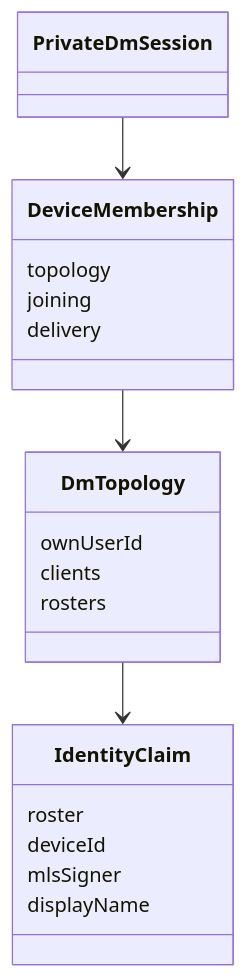
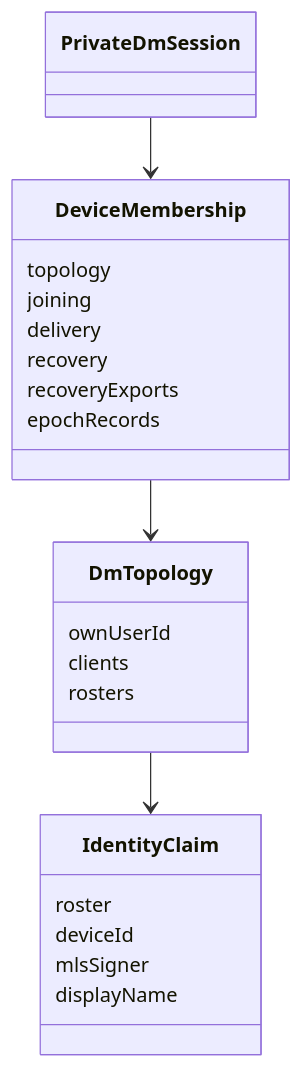
The ninth of 23 diagrams in docs/Architecture.md (redstone-md/mosh-flutter), drawn with Mermaid before and after one commit. The commit also changed other lines of this file and 28 other files, not shown here.

````diff
--- a/docs/Architecture.md
+++ b/docs/Architecture.md
@@ -269,23 +269,26 @@
 ```mermaid
 classDiagram
     class DeviceMembership {
         topology
         joining
         delivery
+        recovery
+        recoveryExports
+        epochRecords
     }
     class DmTopology {
         ownUserId
         clients
         rosters
     }
     class IdentityClaim {
         roster
         deviceId
         mlsSigner
         displayName
     }
     class PrivateDmSession
     PrivateDmSession --> DeviceMembership
     DeviceMembership --> DmTopology
     DmTopology --> IdentityClaim
 ```
````
